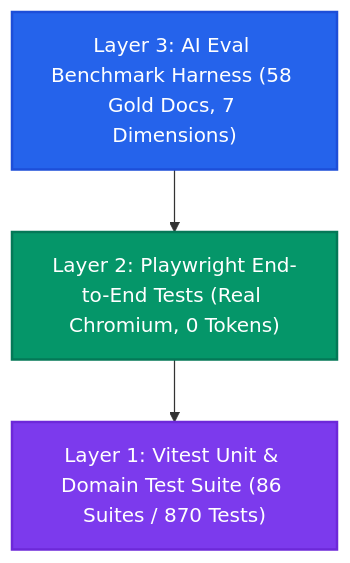
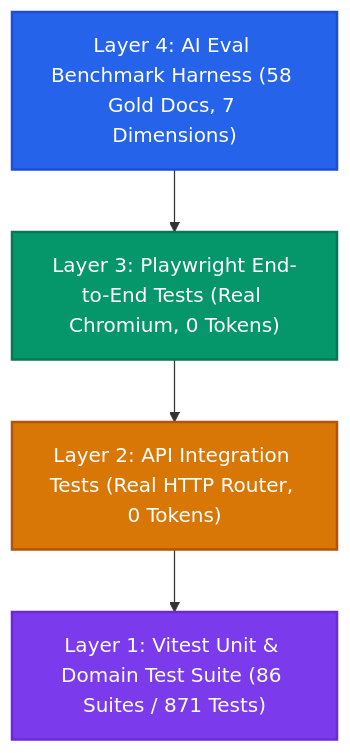
One commit to BradshawAsher/dillon-ai changed the diagram in docs/TESTING_AND_CI.md. Above: the diagram before and after it, drawn with Mermaid. The commit also changed other lines of this file and 9 other files, not shown here.

Commit message:
test: add zero-token API integration suite

````diff
--- a/docs/TESTING_AND_CI.md
+++ b/docs/TESTING_AND_CI.md
@@ -9,8 +9,10 @@
 ```mermaid
 graph TD
-    A["Layer 3: AI Eval Benchmark Harness (58 Gold Docs, 7 Dimensions)"] --> B["Layer 2: Playwright End-to-End Tests (Real Chromium, 0 Tokens)"]
-    B --> C["Layer 1: Vitest Unit & Domain Test Suite (86 Suites / 870 Tests)"]
+    A["Layer 4: AI Eval Benchmark Harness (58 Gold Docs, 7 Dimensions)"] --> B["Layer 3: Playwright End-to-End Tests (Real Chromium, 0 Tokens)"]
+    B --> C["Layer 2: API Integration Tests (Real HTTP Router, 0 Tokens)"]
+    C --> D["Layer 1: Vitest Unit & Domain Test Suite (86 Suites / 871 Tests)"]
     style A fill:#2563eb,stroke:#1d4ed8,stroke-width:2px,color:#fff
     style B fill:#059669,stroke:#047857,stroke-width:2px,color:#fff
-    style C fill:#7c3aed,stroke:#6d28d9,stroke-width:2px,color:#fff
+    style C fill:#d97706,stroke:#b45309,stroke-width:2px,color:#fff
+    style D fill:#7c3aed,stroke:#6d28d9,stroke-width:2px,color:#fff
 ```
````
